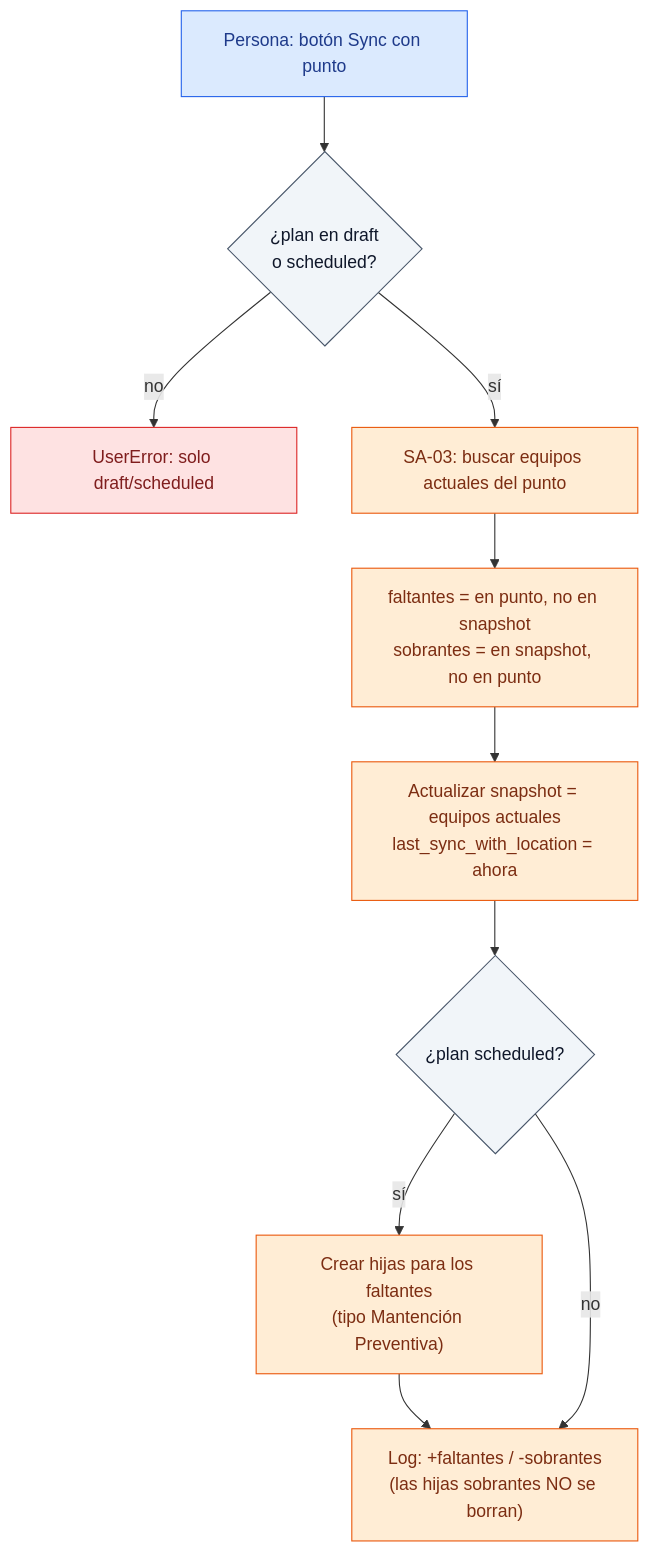
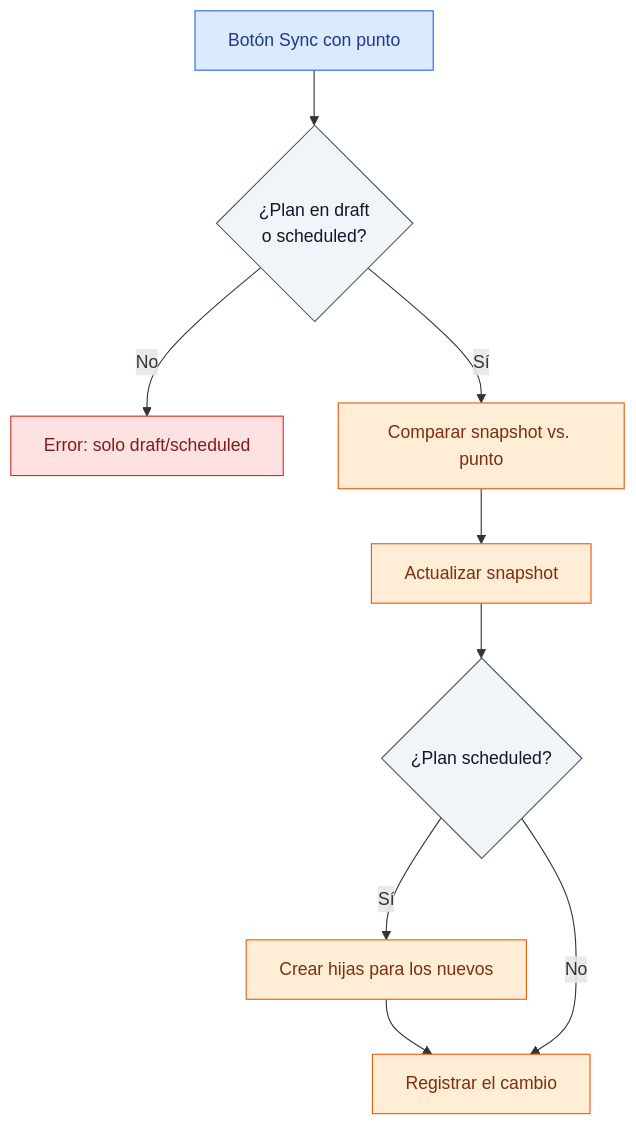
One commit to dcuerowe/odoo_con_mantenciones changed the tenth of 18 diagrams in maintenance_plan/PROCESOS_Y_FLUJOS.md. Above: the diagram before and after it, drawn with Mermaid. The commit also changed other lines of this file and 1 other file, not shown here.

Commit message:
Cambios dentro de maintenance_plan

````diff
--- a/maintenance_plan/PROCESOS_Y_FLUJOS.md
+++ b/maintenance_plan/PROCESOS_Y_FLUJOS.md
@@ -279,21 +298,20 @@
 ```mermaid
 flowchart TD
-    A["Persona: botón Sync con punto"]:::manual
-    B{"¿plan en draft<br/>o scheduled?"}:::dec
-    X["UserError: solo draft/scheduled"]:::val
-    C["SA-03: buscar equipos actuales del punto"]:::auto
-    D["faltantes = en punto, no en snapshot<br/>sobrantes = en snapshot, no en punto"]:::auto
-    E["Actualizar snapshot = equipos actuales<br/>last_sync_with_location = ahora"]:::auto
-    F{"¿plan scheduled?"}:::dec
-    G["Crear hijas para los faltantes<br/>(tipo Mantención Preventiva)"]:::auto
-    H["Log: +faltantes / -sobrantes<br/>(las hijas sobrantes NO se borran)"]:::auto
+    A["Botón Sync con punto"]:::manual
+    B{"¿Plan en draft<br/>o scheduled?"}:::dec
+    X["Error: solo draft/scheduled"]:::val
+    C["Comparar snapshot vs. punto"]:::auto
+    E["Actualizar snapshot"]:::auto
+    F{"¿Plan scheduled?"}:::dec
+    G["Crear hijas para los nuevos"]:::auto
+    H["Registrar el cambio"]:::auto
     A --> B
-    B -->|no| X
-    B -->|sí| C --> D --> E --> F
-    F -->|sí| G --> H
-    F -->|no| H
+    B -->|No| X
+    B -->|Sí| C --> E --> F
+    F -->|Sí| G --> H
+    F -->|No| H
     classDef manual fill:#dbeafe,stroke:#2563eb,color:#1e3a8a;
     classDef auto fill:#ffedd5,stroke:#ea580c,color:#7c2d12;
     classDef val fill:#fee2e2,stroke:#dc2626,color:#7f1d1d;
     classDef dec fill:#f1f5f9,stroke:#475569,color:#0f172a;
 ```
````
